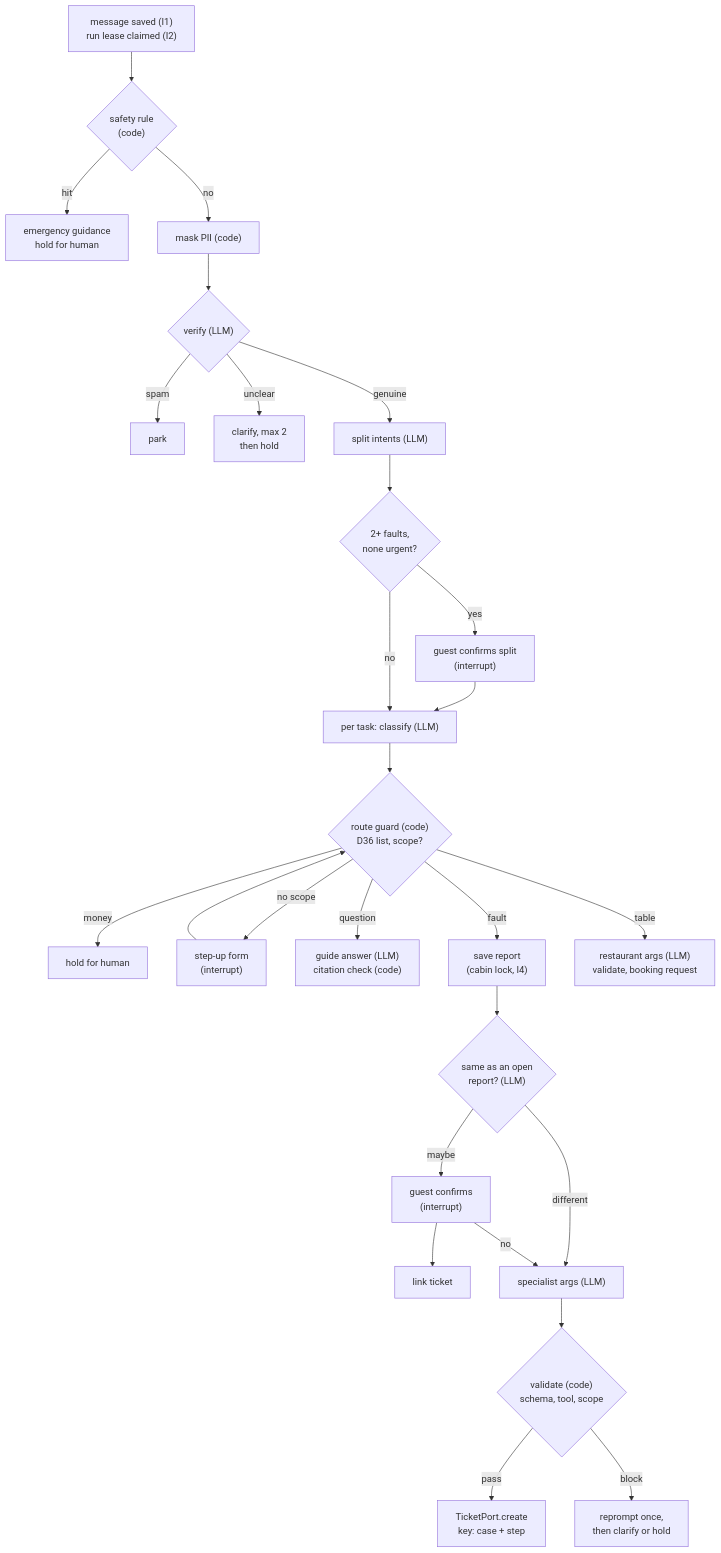
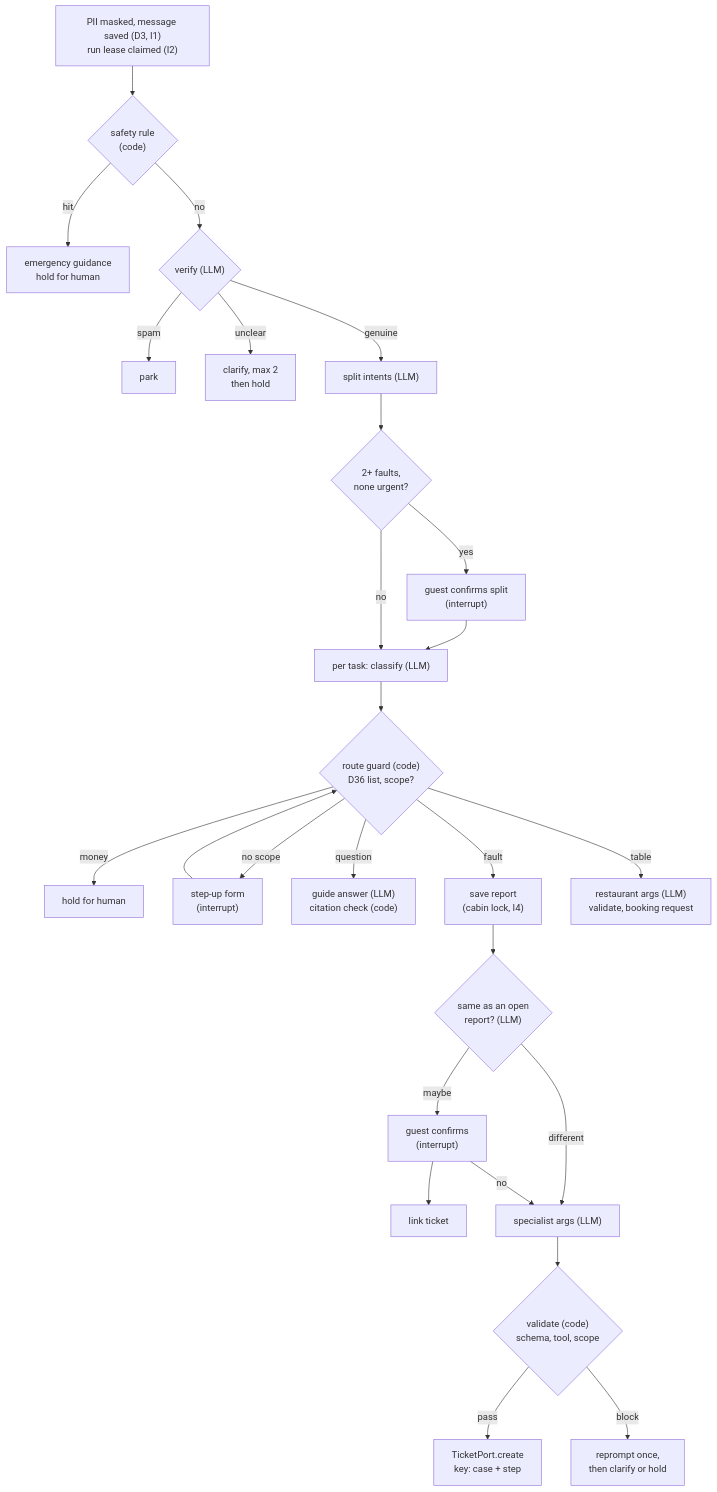
One commit to nish1013/camp-guest-ai-agent changed the second of 5 diagrams in docs/architecture.md. Above: the diagram before and after it, drawn with Mermaid. The commit also changed 48 other files, not shown here.

Commit message:
Triage graph: safety rule, verify, park, clarify, split, classify, route guard, audit (#5)

````diff
--- a/docs/architecture.md
+++ b/docs/architecture.md
@@ -50,24 +50,24 @@
 ```mermaid
 flowchart TD
-  In["message saved (I1)<br/>run lease claimed (I2)"] --> Safety{"safety rule<br/>(code)"}
+  In["PII masked, message saved (D3, I1)<br/>run lease claimed (I2)"] --> Safety{"safety rule<br/>(code)"}
   Safety -- hit --> Emergency["emergency guidance<br/>hold for human"]
-  Safety -- no --> Mask["mask PII (code)"] --> Verify{"verify (LLM)"}
+  Safety -- no --> Verify{"verify (LLM)"}
   Verify -- spam --> Park["park"]
   Verify -- unclear --> Clarify["clarify, max 2<br/>then hold"]
   Verify -- genuine --> Split["split intents (LLM)"]
   Split --> Confirm{"2+ faults,<br/>none urgent?"}
   Confirm -- yes --> AskSplit["guest confirms split<br/>(interrupt)"] --> Classify
   Confirm -- no --> Classify["per task: classify (LLM)"]
   Classify --> Guard{"route guard (code)<br/>D36 list, scope?"}
   Guard -- money --> Hold["hold for human"]
   Guard -- no scope --> StepUp["step-up form<br/>(interrupt)"] --> Guard
   Guard -- question --> Answer["guide answer (LLM)<br/>citation check (code)"]
   Guard -- fault --> Report["save report<br/>(cabin lock, I4)"] --> Same{"same as an open<br/>report? (LLM)"}
   Same -- maybe --> AskSame["guest confirms<br/>(interrupt)"] --> Link["link ticket"]
   Same -- different --> Args["specialist args (LLM)"]
   AskSame -- no --> Args
   Args --> Validate{"validate (code)<br/>schema, tool, scope"}
   Validate -- pass --> Ticket["TicketPort.create<br/>key: case + step"]
   Validate -- block --> Reprompt["reprompt once,<br/>then clarify or hold"]
   Guard -- table --> Booking["restaurant args (LLM)<br/>validate, booking request"]
 ```
````
